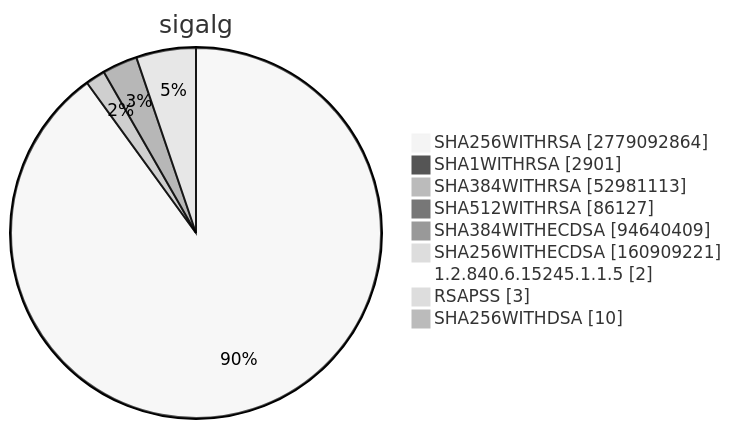
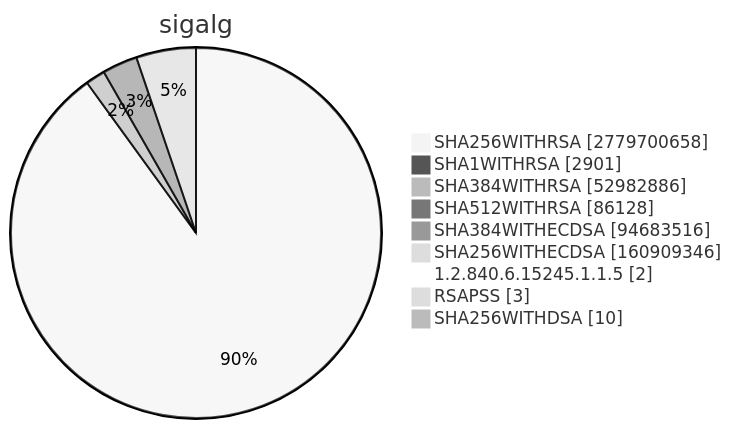
Diagram 15 of 15 in TOTAL/README.md (christiankrug/ctmonitor_visualization), drawn with Mermaid (neutral theme) before and after one commit. The commit also changed other lines of this file, not shown here.

````diff
--- a/TOTAL/README.md
+++ b/TOTAL/README.md
@@ -6207,13 +6207,13 @@
 ```mermaid
 pie showData
 title sigalg
-"SHA256WITHRSA" :2779092864
+"SHA256WITHRSA" :2779700658
 "SHA1WITHRSA" :2901
-"SHA384WITHRSA" :52981113
-"SHA512WITHRSA" :86127
-"SHA384WITHECDSA" :94640409
-"SHA256WITHECDSA" :160909221
+"SHA384WITHRSA" :52982886
+"SHA512WITHRSA" :86128
+"SHA384WITHECDSA" :94683516
+"SHA256WITHECDSA" :160909346
 "1.2.840.6.15245.1.1.5" :2
 "RSAPSS" :3
 "SHA256WITHDSA" :10
 ```
````
